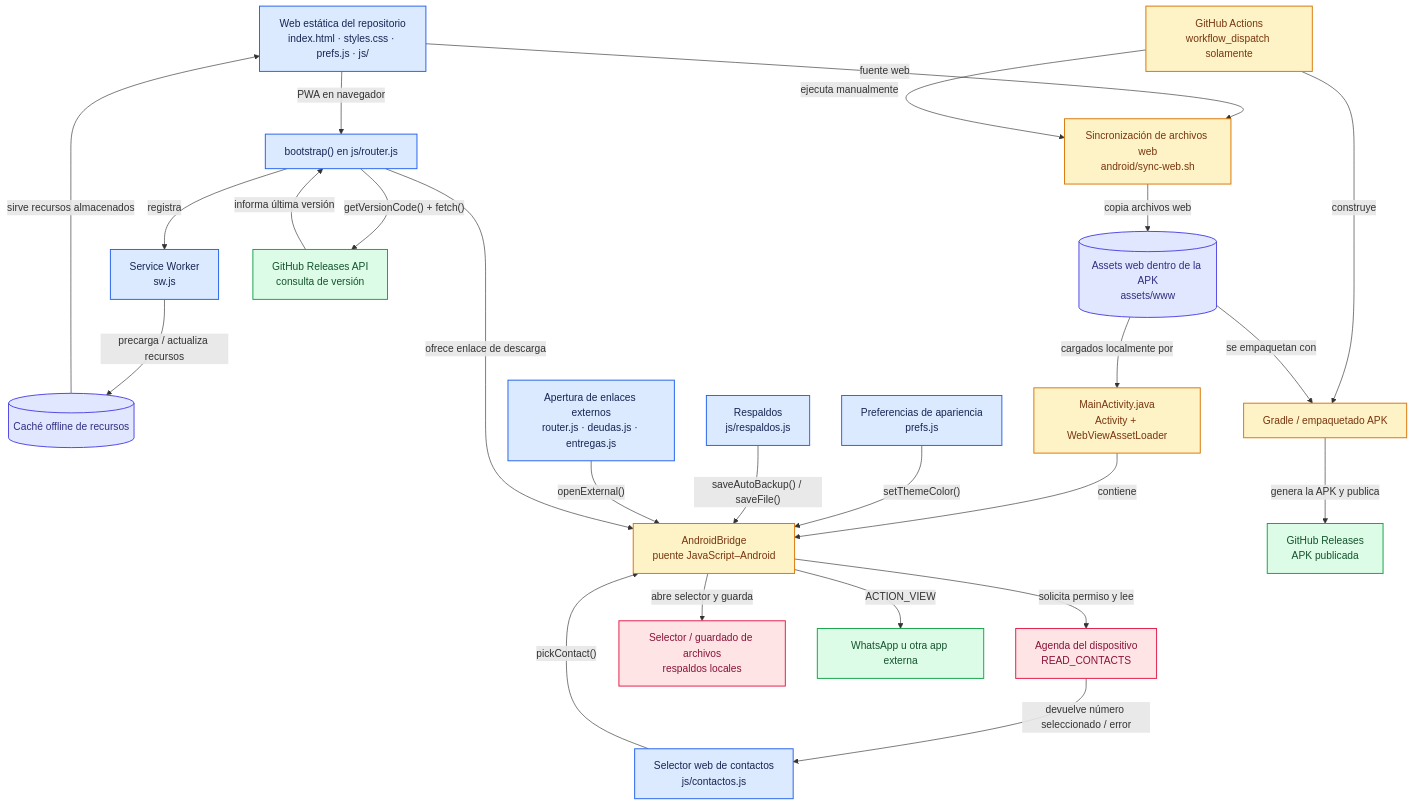
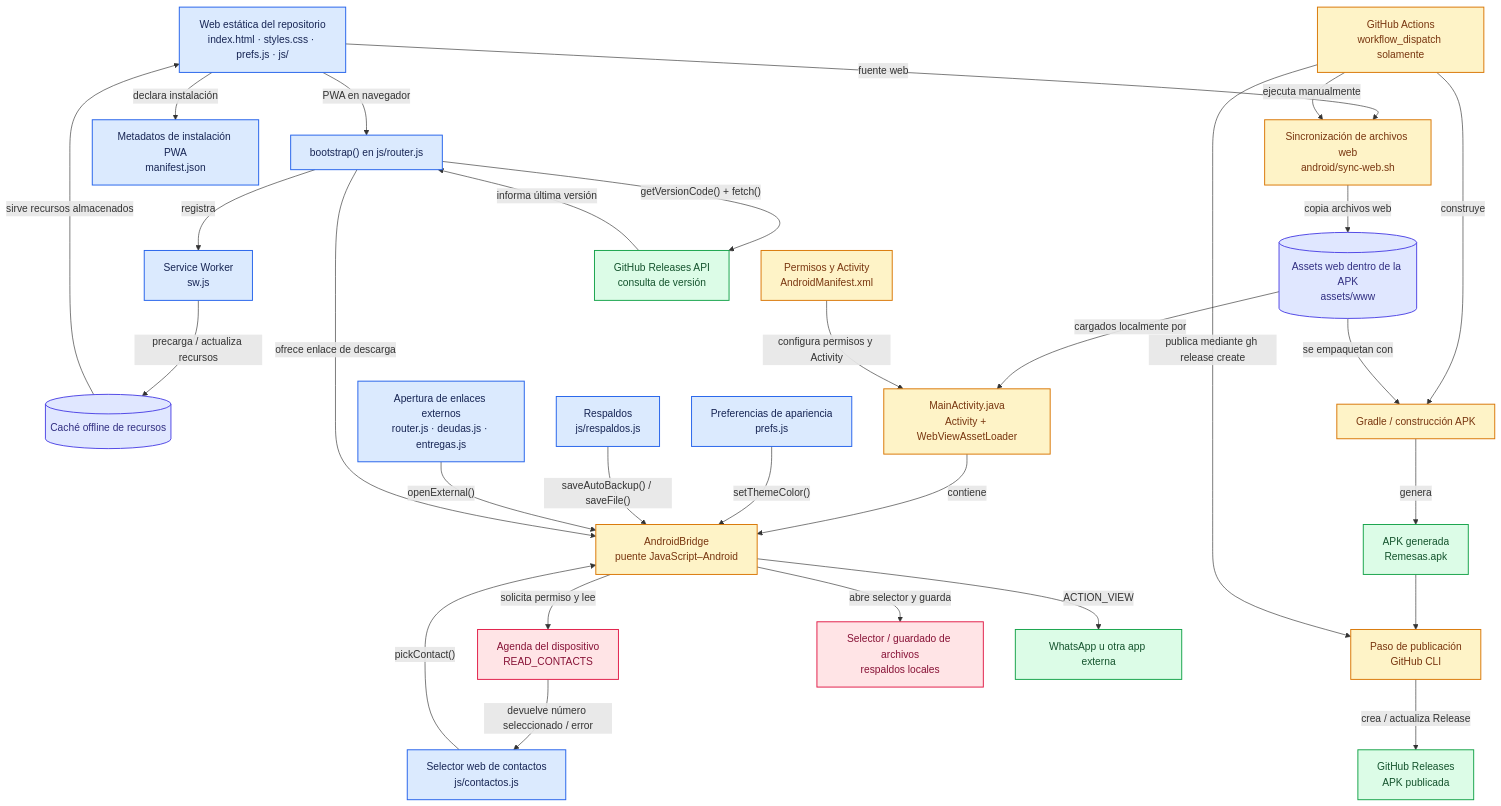
The second of 2 diagrams in docs/ARCHITECTURE.md (MomoSad26/PeterServices), drawn with Mermaid before and after one commit. The commit also changed other lines of this file, not shown here.

Commit message:
docs: clarify PWA manifest and manual APK release pipeline

```diff
--- a/docs/ARCHITECTURE.md
+++ b/docs/ARCHITECTURE.md
@@ -186,11 +186,15 @@
   source["Web estática del repositorio<br/>index.html · styles.css · prefs.js · js/"]
   bootstrap["bootstrap() en js/router.js"]
   sw["Service Worker<br/>sw.js"]
+  pwaManifest["Metadatos de instalación PWA<br/>manifest.json"]
   cache[("Caché offline de recursos")]
   sync["Sincronización de archivos web<br/>android/sync-web.sh"]
   assets[("Assets web dentro de la APK<br/>assets/www")]
   workflow["GitHub Actions<br/>workflow_dispatch solamente"]
-  gradle["Gradle / empaquetado APK"]
+  gradle["Gradle / construcción APK"]
+  apk["APK generada<br/>Remesas.apk"]
+  publish["Paso de publicación<br/>GitHub CLI"]
+  androidManifest["Permisos y Activity<br/>AndroidManifest.xml"]
   android["MainActivity.java<br/>Activity + WebViewAssetLoader"]
   bridge["AndroidBridge<br/>puente JavaScript–Android"]
   nativeContacts["Agenda del dispositivo<br/>READ_CONTACTS"]
@@ -204,6 +208,7 @@
   links["Apertura de enlaces externos<br/>router.js · deudas.js · entregas.js"]
 
   source -->|"PWA en navegador"| bootstrap
+  source -->|"declara instalación"| pwaManifest
   bootstrap -->|"registra"| sw
   sw -->|"precarga / actualiza recursos"| cache
   cache -->|"sirve recursos almacenados"| source
@@ -213,8 +218,12 @@
   sync -->|"copia archivos web"| assets
   workflow -->|"construye"| gradle
   assets -->|"se empaquetan con"| gradle
-  gradle -->|"genera la APK y publica"| releases
+  gradle -->|"genera"| apk
+  apk --> publish
+  workflow -->|"publica mediante gh release create"| publish
+  publish -->|"crea / actualiza Release"| releases
   assets -->|"cargados localmente por"| android
+  androidManifest -->|"configura permisos y Activity"| android
   android -->|"contiene"| bridge
 
   contacts -->|"pickContact()"| bridge
@@ -234,8 +243,10 @@
   click source "https://github.com/MomoSad26/PeterServices/tree/main" "Ver archivos web"
   click bootstrap "https://github.com/MomoSad26/PeterServices/blob/main/js/router.js" "Abrir router.js"
   click sw "https://github.com/MomoSad26/PeterServices/blob/main/sw.js" "Abrir sw.js"
+  click pwaManifest "https://github.com/MomoSad26/PeterServices/blob/main/manifest.json" "Abrir manifest.json"
   click sync "https://github.com/MomoSad26/PeterServices/blob/main/android/sync-web.sh" "Abrir sync-web.sh"
   click workflow "https://github.com/MomoSad26/PeterServices/blob/main/.github/workflows/build-apk.yml" "Abrir workflow"
+  click androidManifest "https://github.com/MomoSad26/PeterServices/blob/main/android/app/src/main/AndroidManifest.xml" "Abrir AndroidManifest.xml"
   click android "https://github.com/MomoSad26/PeterServices/blob/main/android/app/src/main/java/com/peterservices/remesas/MainActivity.java" "Abrir MainActivity.java"
   click bridge "https://github.com/MomoSad26/PeterServices/blob/main/android/app/src/main/java/com/peterservices/remesas/MainActivity.java" "Ver AndroidBridge"
   click contacts "https://github.com/MomoSad26/PeterServices/blob/main/js/contactos.js" "Abrir contactos.js"
@@ -250,9 +261,9 @@
   classDef native fill:#ffe4e6,stroke:#e11d48,stroke-width:1.5px,color:#881337
   classDef external fill:#dcfce7,stroke:#16a34a,stroke-width:1.5px,color:#14532d
   classDef store fill:#e0e7ff,stroke:#4f46e5,stroke-width:1.5px,color:#312e81
-  class source,bootstrap,sw,contacts,prefs,backup,links web
-  class sync,workflow,gradle,android,bridge platform
+  class source,bootstrap,sw,contacts,prefs,backup,links,pwaManifest web
+  class sync,workflow,gradle,android,bridge,androidManifest,publish platform
   class nativeContacts,nativeFiles native
-  class whatsapp,releases,releaseApi external
+  class whatsapp,releases,releaseApi,apk external
   class assets,cache store
 ~~~
```
